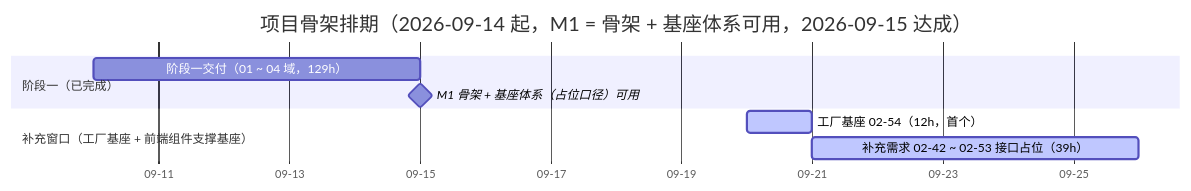
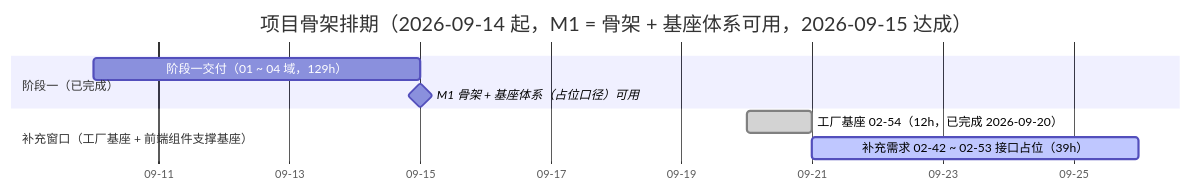
One commit to minjian123/basic-management-system changed the diagram in bms文档/项目/01_项目骨架/计划/01_计划_项目骨架.md. Above: the diagram before and after it, drawn with Mermaid. The commit also changed other lines of this file and 6 other files, not shown here.

````diff
--- a/bms文档/项目/01_项目骨架/计划/01_计划_项目骨架.md
+++ b/bms文档/项目/01_项目骨架/计划/01_计划_项目骨架.md
@@ -132,12 +132,12 @@
 ```mermaid
 gantt
     title 项目骨架排期（2026-09-14 起，M1 = 骨架 + 基座体系可用，2026-09-15 达成）
     dateFormat  YYYY-MM-DD
     axisFormat %m-%d
     section 阶段一（已完成）
     阶段一交付（01 ~ 04 域，129h） :done1, 2026-09-10, 2026-09-15
     M1 骨架 + 基座体系（占位口径）可用 :milestone, m1, 2026-09-15, 0d
     section 补充窗口（工厂基座 + 前端组件支撑基座）
-    工厂基座 02-54（12h，首个） :active, fac, 2026-09-20, 1d
+    工厂基座 02-54（12h，已完成 2026-09-20） :done, fac, 2026-09-20, 1d
     补充需求 02-42 ~ 02-53 接口占位（39h） :active, supp, 2026-09-21, 5d
 ```
````
